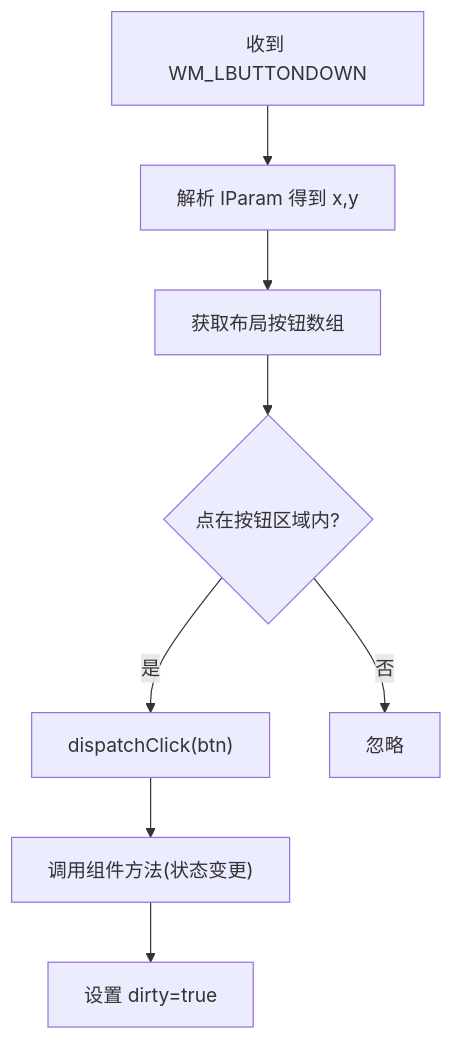
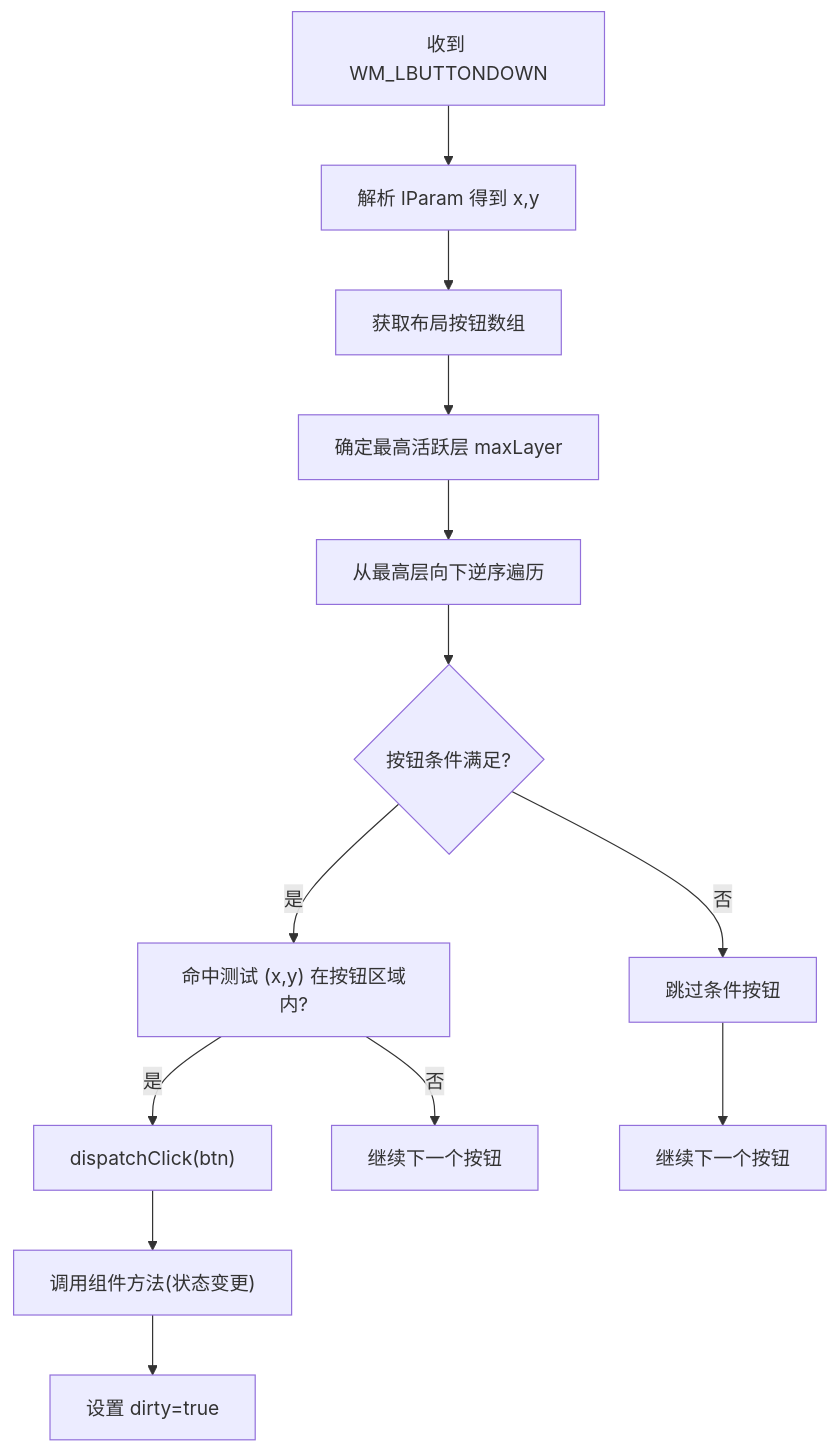
One commit to xingye00186/PHP-Data-UI-Framework-powered-by-swooleAOT changed the fifth of 7 diagrams in .qoder/repowiki/zh/content/应用程序生命周期/应用程序生命周期.md. Above: the diagram before and after it, drawn with Mermaid. The commit also changed other lines of this file and 7 other files, not shown here.

````diff
--- a/.qoder/repowiki/zh/content/应用程序生命周期/应用程序生命周期.md
+++ b/.qoder/repowiki/zh/content/应用程序生命周期/应用程序生命周期.md
@@ -212,10 +212,15 @@
 ```mermaid
 flowchart TD
 A["收到 WM_LBUTTONDOWN"] --> B["解析 lParam 得到 x,y"]
 B --> C["获取布局按钮数组"]
-C --> D{"点在按钮区域内?"}
-D --> |是| E["dispatchClick(btn)"]
-D --> |否| F["忽略"]
-E --> G["调用组件方法(状态变更)"]
-G --> H["设置 dirty=true"]
+C --> D["确定最高活跃层 maxLayer"]
+D --> E["从最高层向下逆序遍历"]
+E --> F{"按钮条件满足?"}
+F --> |是| G["命中测试 (x,y) 在按钮区域内?"]
+F --> |否| H["跳过条件按钮"]
+G --> |是| I["dispatchClick(btn)"]
+G --> |否| J["继续下一个按钮"]
+H --> K["继续下一个按钮"]
+I --> L["调用组件方法(状态变更)"]
+L --> M["设置 dirty=true"]
 ```
````
